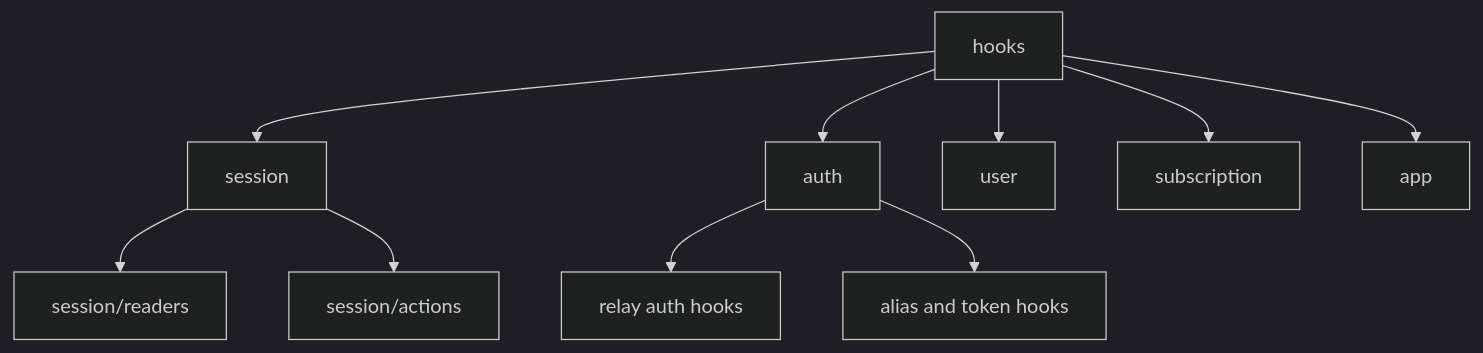
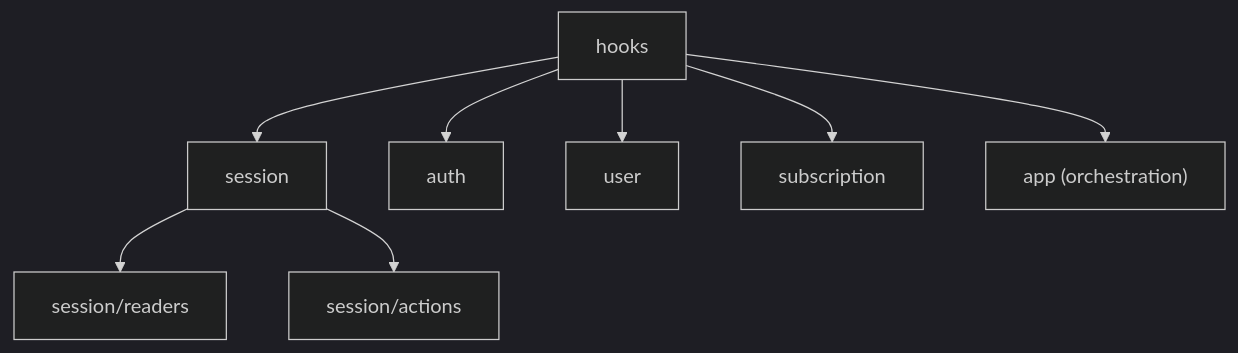
One commit to lemoncloud-io/dou-app changed the diagram in libs/web-core/docs/hooks/README.md. Above: the diagram before and after it, drawn with Mermaid (dark theme). The commit also changed other lines of this file and 19 other files, not shown here.

````diff
--- a/libs/web-core/docs/hooks/README.md
+++ b/libs/web-core/docs/hooks/README.md
@@ -244,12 +124,10 @@
 ```mermaid
 flowchart TD
   H["hooks"] --> S["session"]
   H --> A["auth"]
   H --> U["user"]
   H --> SUB["subscription"]
-  H --> APP["app"]
+  H --> APP["app (orchestration)"]
   S --> S1["session/readers"]
   S --> S2["session/actions"]
-  A --> A1["relay auth hooks"]
-  A --> A2["alias and token hooks"]
 ```
````
